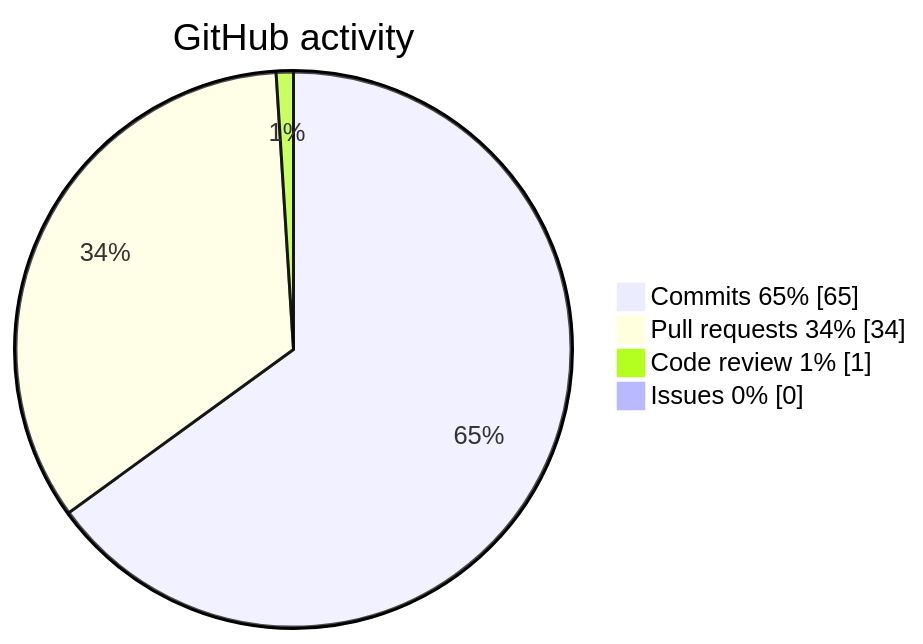
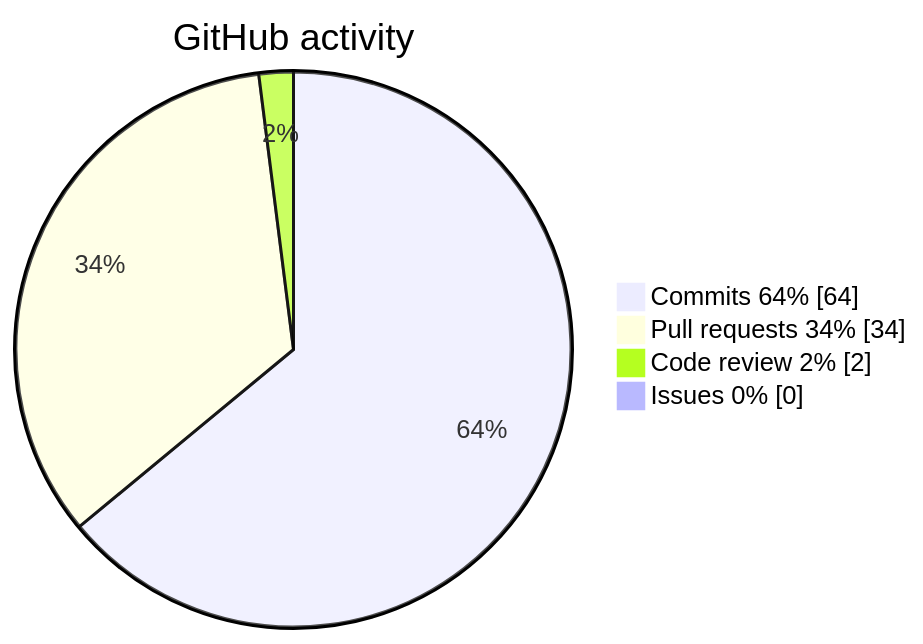
Before and after one commit to krotname/KrotName: the diagram in README.en.md, drawn with Mermaid. The commit also changed other lines of this file and 1 other file, not shown here.

Commit message:
Update profile metrics

````diff
--- a/README.en.md
+++ b/README.en.md
@@ -47,8 +47,8 @@
 ```mermaid
 pie showData
     title GitHub activity
-    "Commits 65%" : 65
+    "Commits 64%" : 64
     "Pull requests 34%" : 34
-    "Code review 1%" : 1
+    "Code review 2%" : 2
     "Issues 0%" : 0
 ```
````
